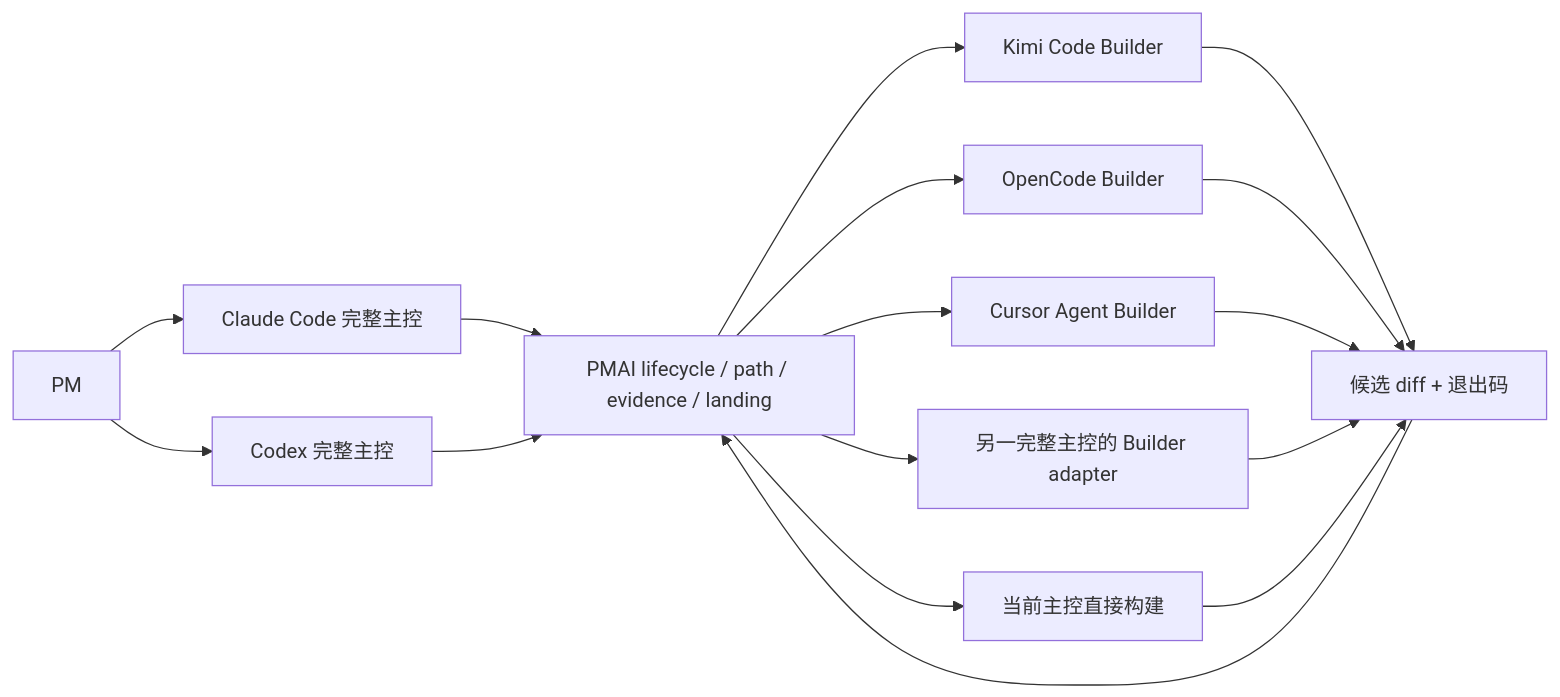
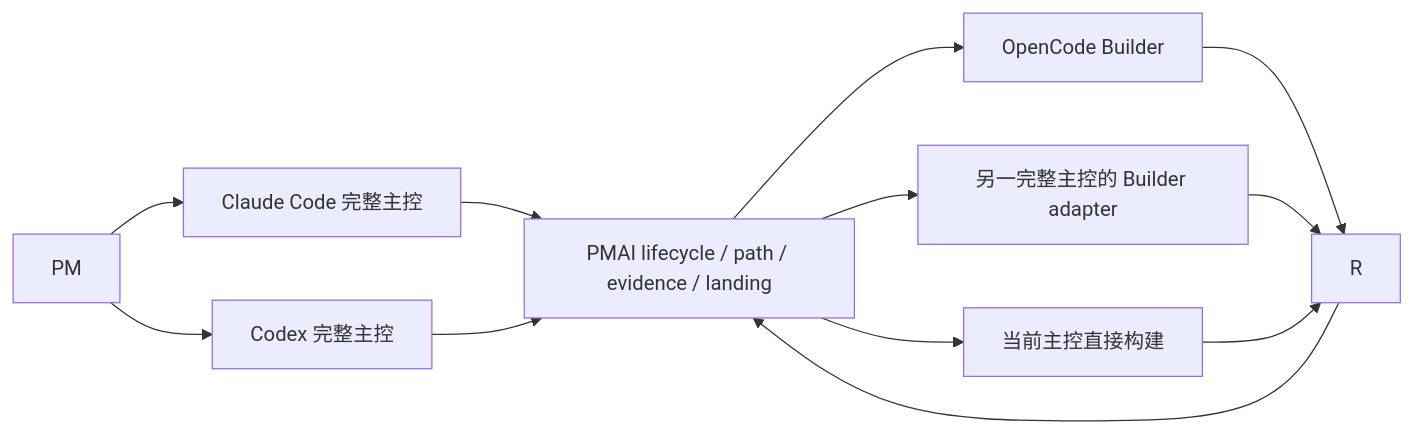
One commit to YYG501/PMAI_Harness changed the diagram in docs/设计/host-capability-current-and-target-matrix.md. Above: the diagram before and after it, drawn with Mermaid. The commit also changed other lines of this file and 18 other files, not shown here.

````diff
--- a/docs/设计/host-capability-current-and-target-matrix.md
+++ b/docs/设计/host-capability-current-and-target-matrix.md
@@ -91,18 +91,14 @@
 ```mermaid
 flowchart LR
     PM["PM"] --> C1["Claude Code 完整主控"]
     PM --> C2["Codex 完整主控"]
     C1 --> H["PMAI lifecycle / path / evidence / landing"]
     C2 --> H
     H --> N["当前主控直接构建"]
-    H --> B1["Kimi Code Builder"]
     H --> B2["OpenCode Builder"]
-    H --> B3["Cursor Agent Builder"]
-    H --> B4["另一完整主控的 Builder adapter"]
-    B1 --> R["候选 diff + 退出码"]
+    H --> B3["另一完整主控的 Builder adapter"]
     B2 --> R
     B3 --> R
-    B4 --> R
     N --> R
     R --> H
 ```
````
